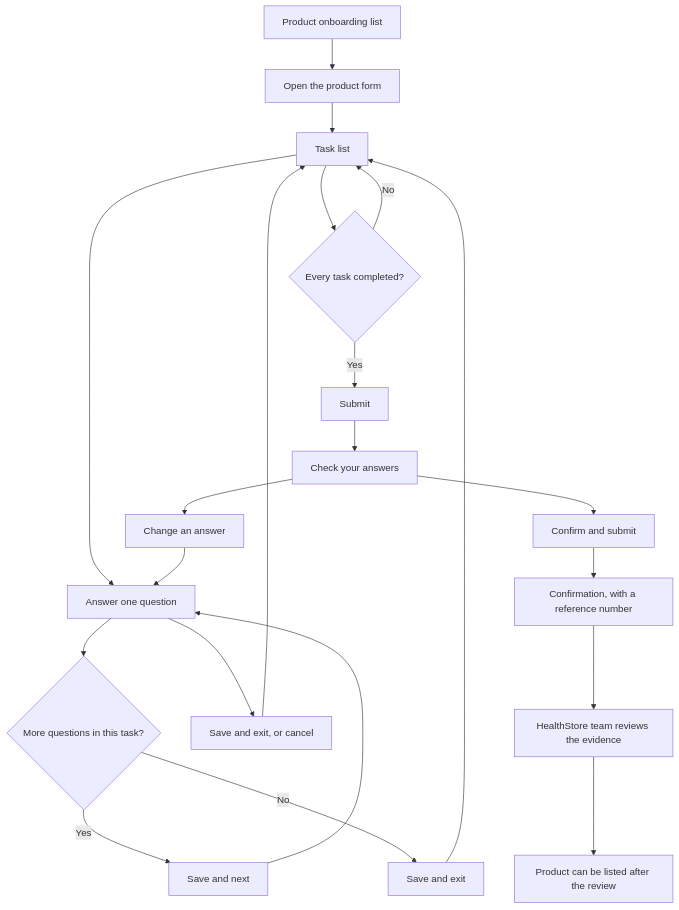
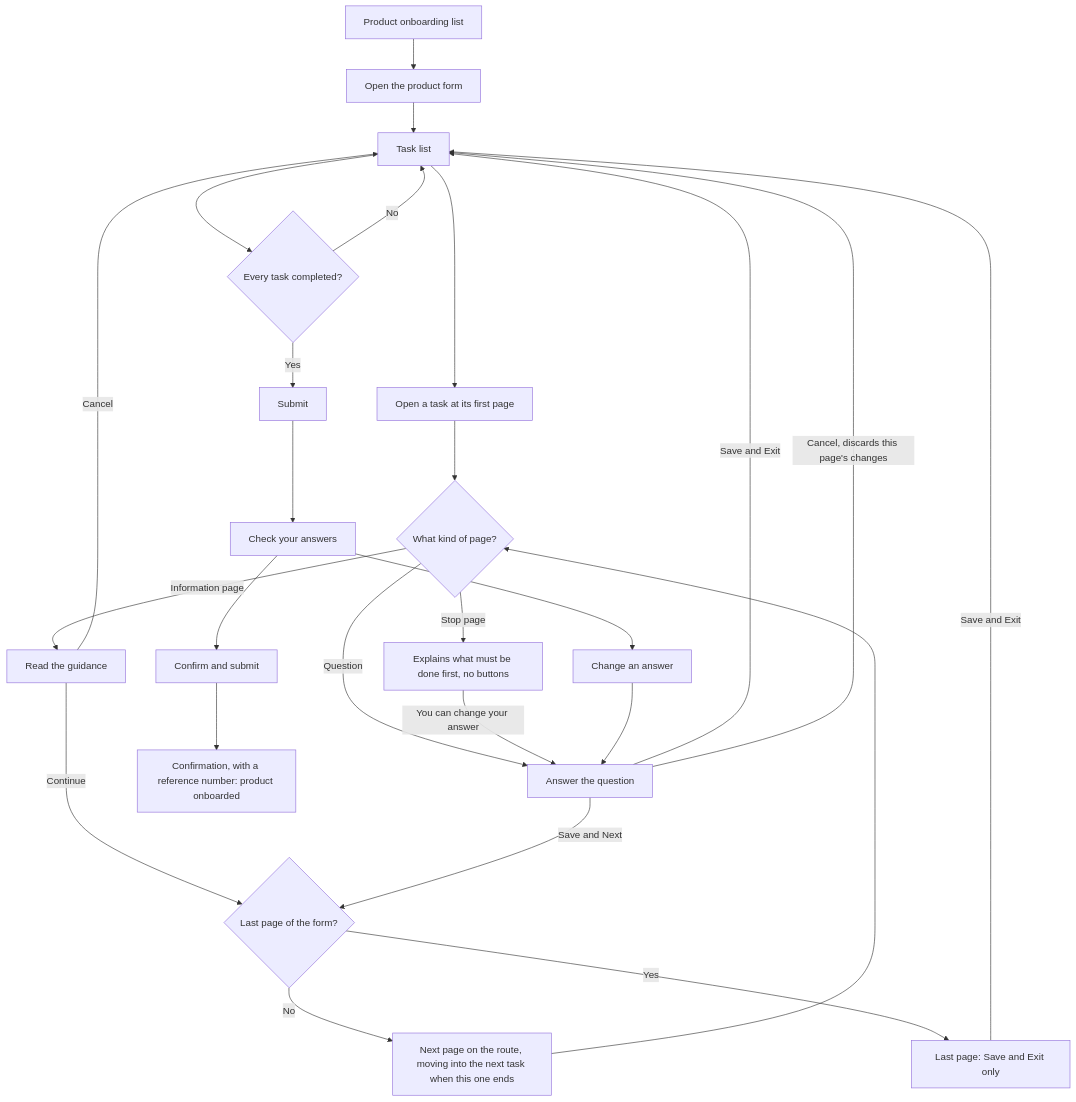
The fourth of 13 diagrams in docs/SUPPLIER_PORTAL_FLOWS.md (ataylanez/HealthStore-beta-Ezgi), drawn with Mermaid before and after one commit. The commit also changed other lines of this file and 76 other files, not shown here.

First line of the commit message:
Let product onboarding accept several files or a can't-provide answer, and show products that are visible but not available to commission.

````diff
--- a/docs/SUPPLIER_PORTAL_FLOWS.md
+++ b/docs/SUPPLIER_PORTAL_FLOWS.md
@@ -84,23 +109,28 @@
 ```mermaid
 flowchart TD
   list[Product onboarding list] --> form[Open the product form]
   form --> tasks[Task list]
-  tasks --> question[Answer one question]
-  question --> more{More questions in this task?}
-  more -->|Yes| next[Save and next]
-  next --> question
-  more -->|No| exit[Save and exit]
-  exit --> tasks
-  question --> leave[Save and exit, or cancel]
-  leave --> tasks
+  tasks --> page[Open a task at its first page]
+  page --> kind{What kind of page?}
+  kind -->|Information page| info[Read the guidance]
+  info -->|Continue| nextpage
+  kind -->|Question| question[Answer the question]
+  kind -->|Stop page| stop[Explains what must be done first, no buttons]
+  stop -->|You can change your answer| question
+  question -->|Save and Next| nextpage{Last page of the form?}
+  nextpage -->|No| page2[Next page on the route, moving into the next task when this one ends]
+  page2 --> kind
+  nextpage -->|Yes| last[Last page: Save and Exit only]
+  question -->|Save and Exit| tasks
+  last -->|Save and Exit| tasks
+  info -->|Cancel| tasks
+  question -->|Cancel, discards this page's changes| tasks
   tasks --> ready{Every task completed?}
   ready -->|No| tasks
   ready -->|Yes| submit[Submit]
   submit --> check[Check your answers]
   check --> change[Change an answer]
   change --> question
   check --> confirm[Confirm and submit]
-  confirm --> done[Confirmation, with a reference number]
-  done --> review[HealthStore team reviews the evidence]
-  review --> listed[Product can be listed after the review]
+  confirm --> done[Confirmation, with a reference number: product onboarded]
 ```
````
